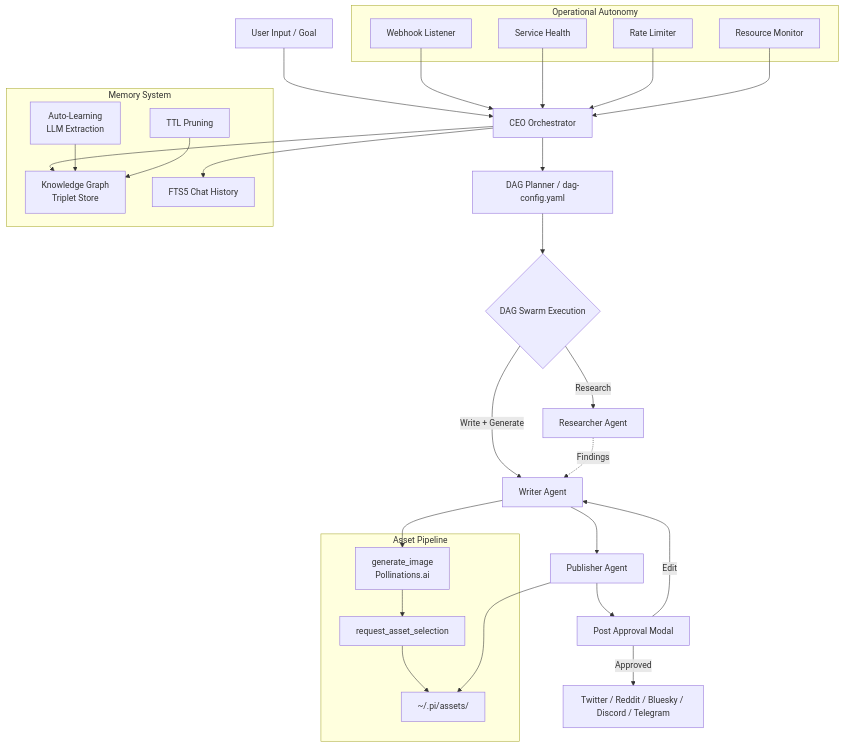
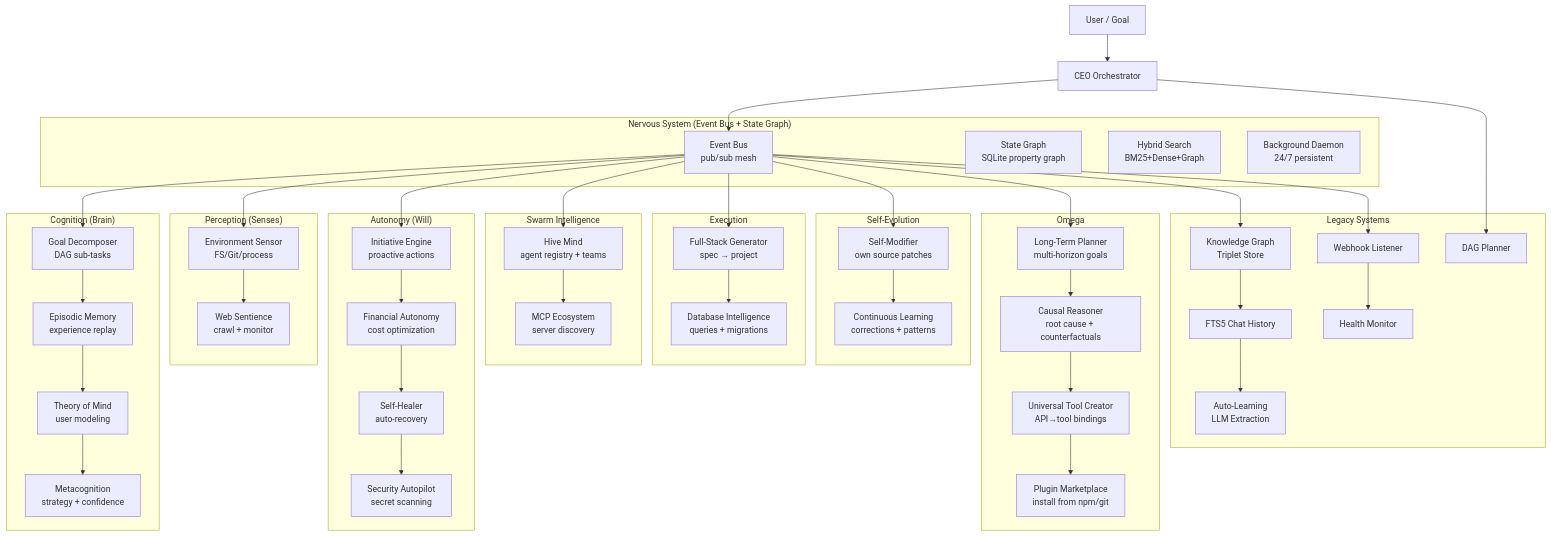
The second of 2 diagrams in README.md (IamNishant51/Custom-PI), drawn with Mermaid before and after one commit. The commit also changed other lines of this file and 28 other files, not shown here.

````diff
--- a/README.md
+++ b/README.md
@@ -166,44 +171,73 @@
 ```mermaid
-graph TD
-  Goal[User Input / Goal] --> CEO[CEO Orchestrator]
-  CEO --> Config[DAG Planner / dag-config.yaml]
-  Config --> Swarm{DAG Swarm Execution}
-  Swarm -->|Research| Res[Researcher Agent]
-  Swarm -->|Write + Generate| Cod[Writer Agent]
-  Res -.->|Findings| Cod
-  Cod --> Pub[Publisher Agent]
-  Pub --> Approve[Post Approval Modal]
-  Approve -->|Approved| Social[Twitter / Reddit / Bluesky / Discord / Telegram]
-  Approve -->|Edit| Cod
-  
-  subgraph Asset Pipeline
-    Gen[generate_image<br/>Pollinations.ai] --> Sel[request_asset_selection]
-    Sel --> Asset[~/.pi/assets/]
+graph TB
+  User[User / Goal] --> CEO[CEO Orchestrator]
+
+  subgraph "Nervous System (Event Bus + State Graph)"
+    EB[Event Bus<br/>pub/sub mesh]
+    SG[State Graph<br/>SQLite property graph]
+    HS[Hybrid Search<br/>BM25+Dense+Graph]
+    DA[Background Daemon<br/>24/7 persistent]
   end
-  
-  Cod --> Gen
-  Pub --> Asset
 
-  subgraph Memory System
+  subgraph "Cognition (Brain)"
+    GD[Goal Decomposer<br/>DAG sub-tasks]
+    EM[Episodic Memory<br/>experience replay]
+    TM[Theory of Mind<br/>user modeling]
+    MC[Metacognition<br/>strategy + confidence]
+  end
+
+  subgraph "Perception (Senses)"
+    ES[Environment Sensor<br/>FS/Git/process]
+    WS[Web Sentience<br/>crawl + monitor]
+  end
+
+  subgraph "Autonomy (Will)"
+    IE[Initiative Engine<br/>proactive actions]
+    FA[Financial Autonomy<br/>cost optimization]
+    SH[Self-Healer<br/>auto-recovery]
+    SA[Security Autopilot<br/>secret scanning]
+  end
+
+  subgraph "Swarm Intelligence"
+    HM[Hive Mind<br/>agent registry + teams]
+    ME[MCP Ecosystem<br/>server discovery]
+  end
+
+  subgraph "Execution"
+    FG[Full-Stack Generator<br/>spec → project]
+    DI[Database Intelligence<br/>queries + migrations]
+  end
+
+  subgraph "Self-Evolution"
+    SM[Self-Modifier<br/>own source patches]
+    CL[Continuous Learning<br/>corrections + patterns]
+  end
+
+  subgraph "Omega"
+    LP[Long-Term Planner<br/>multi-horizon goals]
+    CR[Causal Reasoner<br/>root cause + counterfactuals]
+    UC[Universal Tool Creator<br/>API→tool bindings]
+    PM[Plugin Marketplace<br/>install from npm/git]
+  end
+
+  subgraph "Legacy Systems"
     KG[Knowledge Graph<br/>Triplet Store]
     FTS[FTS5 Chat History]
-    Auto[Auto-Learning<br/>LLM Extraction]
-    Prune[TTL Pruning]
+    AL[Auto-Learning<br/>LLM Extraction]
+    WH[Webhook Listener]
+    HL[Health Monitor]
+    DC[DAG Planner]
   end
 
-  subgraph Operational Autonomy
-    WH[Webhook Listener]
-    SM[Service Health]
-    RL[Rate Limiter]
-    RM[Resource Monitor]
-  end
-
-  CEO --> KG
-  CEO --> FTS
-  Auto --> KG
-  Prune --> KG
-  WH --> CEO
-  SM --> CEO
-  RL --> CEO
-  RM --> CEO
+  CEO --> EB
+  EB --> GD --> EM --> TM --> MC
+  EB --> ES --> WS
+  EB --> IE --> FA --> SH --> SA
+  EB --> HM --> ME
+  EB --> FG --> DI
+  EB --> SM --> CL
+  EB --> LP --> CR --> UC --> PM
+  CEO --> DC
+  EB --> KG --> FTS --> AL
+  EB --> WH --> HL
 ```
````
